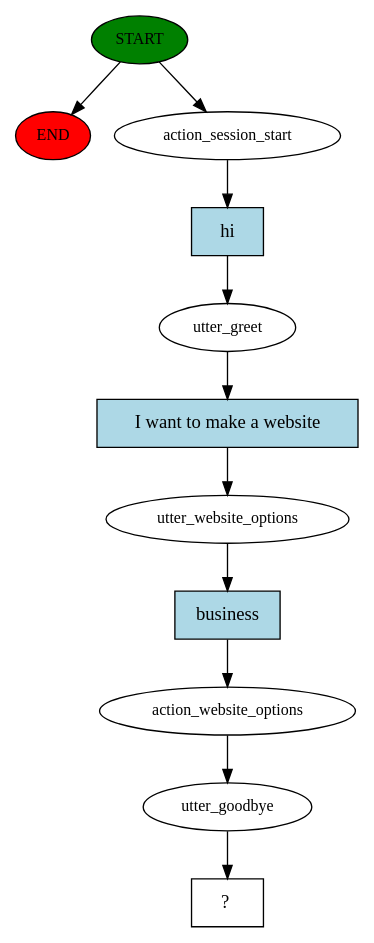
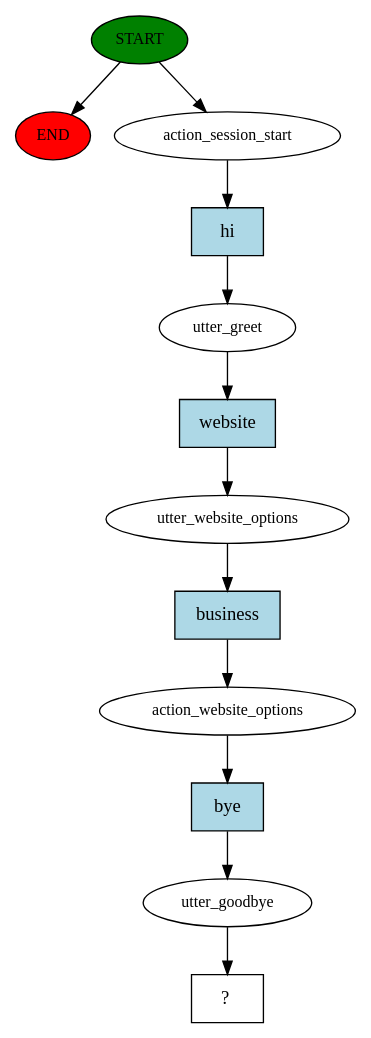
The diagram in story_graph.dot (swetabhmukherjee/gideon-rasa-bot), drawn with Graphviz before and after one commit. The commit also changed 9 other files, not shown here.

```diff
--- a/story_graph.dot
+++ b/story_graph.dot
@@ -1,23 +1,25 @@
 digraph  {
 0 [class="start active", fillcolor=green, fontsize=12, label=START, style=filled];
 "-1" [class=end, fillcolor=red, fontsize=12, label=END, style=filled];
 1 [class=active, fontsize=12, label=action_session_start];
 2 [class=active, fontsize=12, label=utter_greet];
 3 [class=active, fontsize=12, label=utter_website_options];
 4 [class=active, fontsize=12, label=action_website_options];
 5 [class=active, fontsize=12, label=utter_goodbye];
 6 [class="intent dashed active", label="  ?  ", shape=rect];
 7 [class="intent active", fillcolor=lightblue, label=hi, shape=rect, style=filled];
-8 [class="intent active", fillcolor=lightblue, label="I want to make a website", shape=rect, style=filled];
+8 [class="intent active", fillcolor=lightblue, label=website, shape=rect, style=filled];
 9 [class="intent active", fillcolor=lightblue, label=business, shape=rect, style=filled];
+10 [class="intent active", fillcolor=lightblue, label=bye, shape=rect, style=filled];
 0 -> "-1"  [class="", key=NONE, label=""];
 0 -> 1  [class=active, key=NONE, label=""];
 1 -> 7  [class=active, key=0];
 2 -> 8  [class=active, key=0];
 3 -> 9  [class=active, key=0];
-4 -> 5  [class=active, key=NONE, label=""];
+4 -> 10  [class=active, key=0];
 5 -> 6  [class=active, key=NONE, label=""];
 7 -> 2  [class=active, key=0];
 8 -> 3  [class=active, key=0];
 9 -> 4  [class=active, key=0];
+10 -> 5  [class=active, key=0];
 }
```
